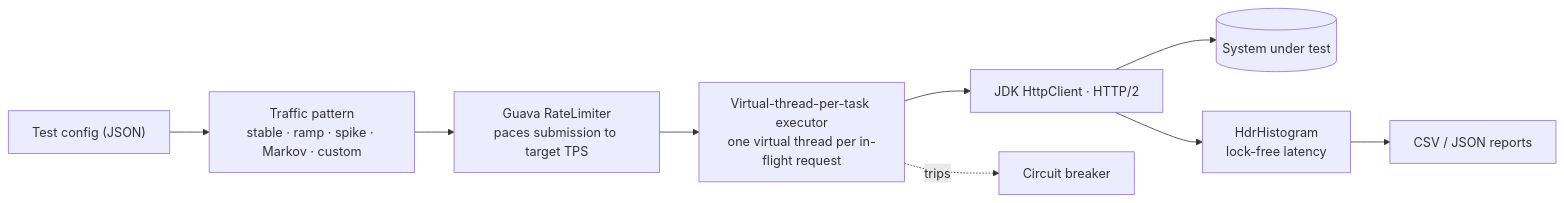
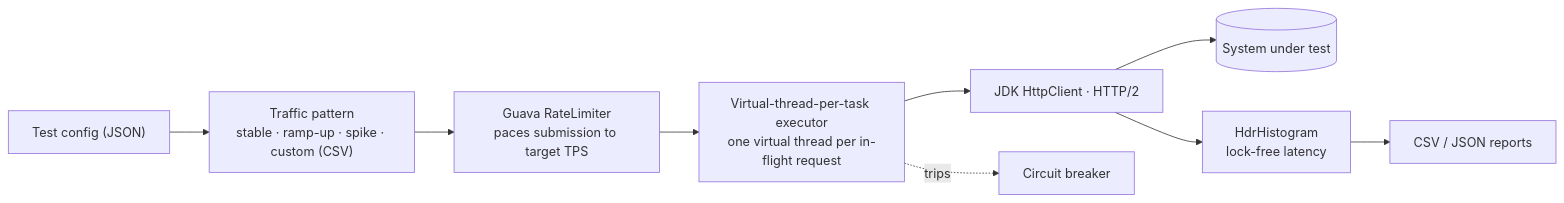
The diagram in README.md (monahand1023/TPSGenerator), drawn with Mermaid before and after one commit. The commit also changed other lines of this file, not shown here.

First line of the commit message:
docs: nest the dashboard example under metrics; drop the Markov pattern from the diagram

````diff
--- a/README.md
+++ b/README.md
@@ -10,11 +10,11 @@
 ```mermaid
 flowchart LR
-    Cfg["Test config (JSON)"] --> Pat["Traffic pattern<br/>stable · ramp · spike · Markov · custom"]
+    Cfg["Test config (JSON)"] --> Pat["Traffic pattern<br/>stable · ramp-up · spike · custom (CSV)"]
     Pat --> RL["Guava RateLimiter<br/>paces submission to target TPS"]
     RL --> Exec["Virtual-thread-per-task executor<br/>one virtual thread per in-flight request"]
     Exec --> HC["JDK HttpClient · HTTP/2"]
     HC --> SUT[("System under test")]
     HC --> Rec["HdrHistogram<br/>lock-free latency"]
     Exec -. trips .-> CB["Circuit breaker"]
     Rec --> Rep["CSV / JSON reports"]
 ```
````
